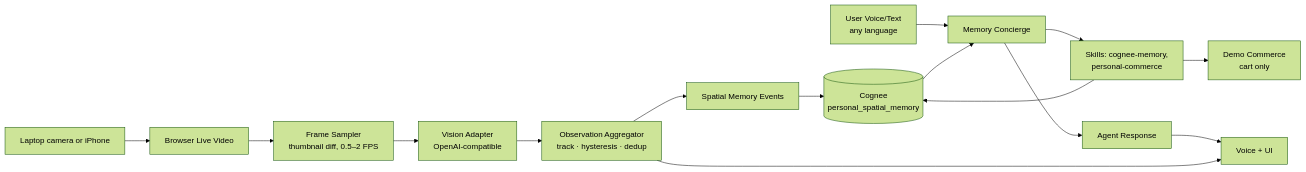
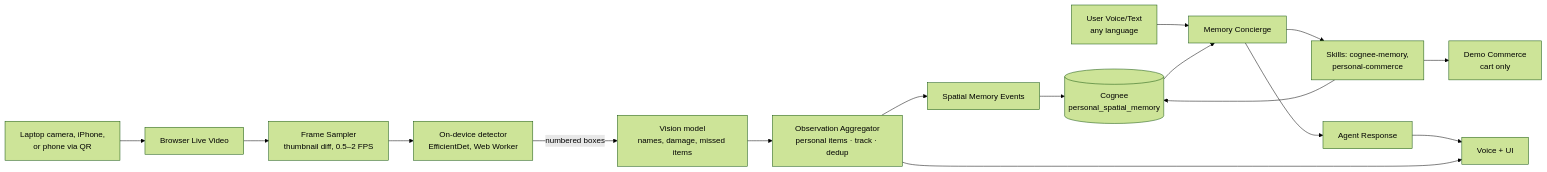
One commit to roshaninfordham/recalllens changed the diagram in README.md. Above: the diagram before and after it, drawn with Mermaid (forest theme). The commit also changed other lines of this file, not shown here.

Commit message:
docs: README covers the on-device detector, measured accuracy, phone pairing and new eval/e2e commands

````diff
--- a/README.md
+++ b/README.md
@@ -29,17 +31,18 @@
 ```mermaid
 flowchart LR
-    A[Laptop camera or iPhone] --> B[Browser Live Video]
+    A[Laptop camera, iPhone,<br/>or phone via QR] --> B[Browser Live Video]
     B --> C[Frame Sampler<br/>thumbnail diff, 0.5–2 FPS]
-    C --> D[Vision Adapter<br/>OpenAI-compatible]
-    D --> E[Observation Aggregator<br/>track · hysteresis · dedup]
+    C --> D1[On-device detector<br/>EfficientDet, Web Worker]
+    D1 -->|numbered boxes| D[Vision model<br/>names, damage, missed items]
+    D --> E[Observation Aggregator<br/>personal items · track · dedup]
     E --> F[Spatial Memory Events]
     F --> G[(Cognee<br/>personal_spatial_memory)]
     H[User Voice/Text<br/>any language] --> I[Memory Concierge]
     G --> I
     I --> J[Skills: cognee-memory,<br/>personal-commerce]
     J --> G
     J --> K[Demo Commerce<br/>cart only]
     I --> L[Agent Response]
     L --> M[Voice + UI]
     E --> M
 ```
````
